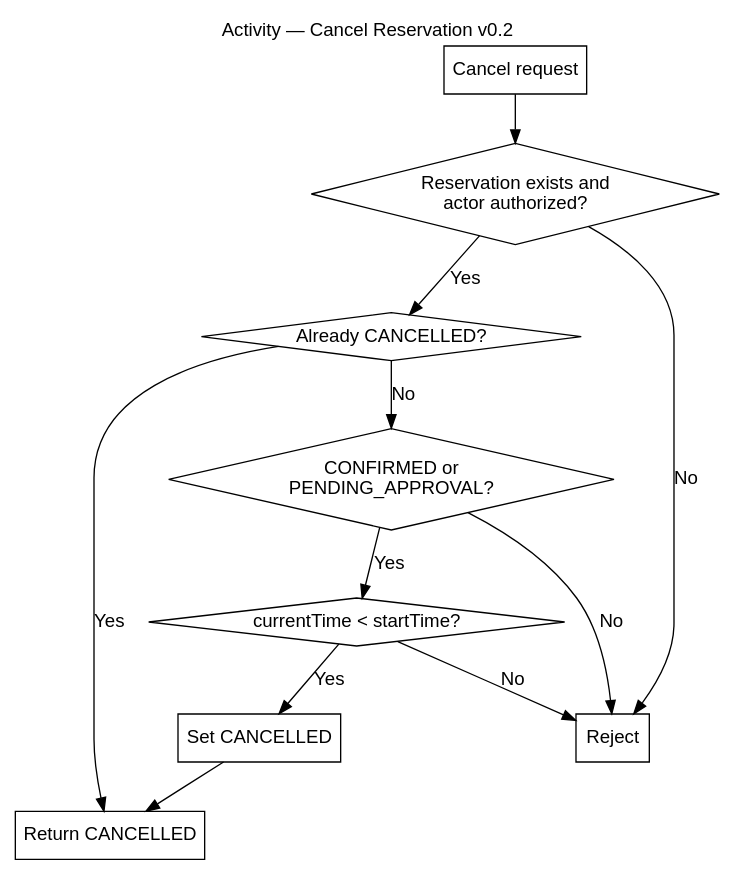
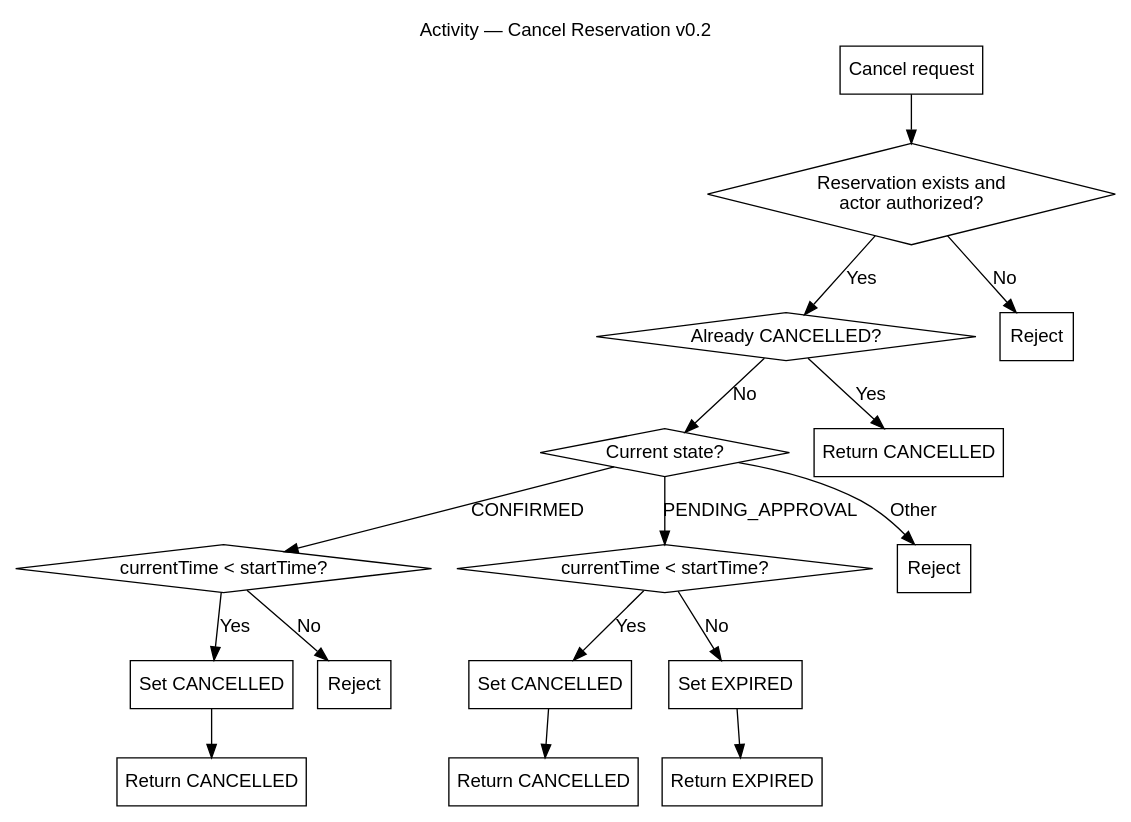
One commit to Ten-James/swi-proj changed the diagram in docs/diagrams/dot/11-activity-cancel-v02.dot. Above: the diagram before and after it, drawn with Graphviz. The commit also changed 41 other files, not shown here.

```diff
--- a/docs/diagrams/dot/11-activity-cancel-v02.dot
+++ b/docs/diagrams/dot/11-activity-cancel-v02.dot
@@ -1,10 +1,15 @@
 digraph G {
   graph [rankdir=TB,fontname="Arial",labelloc="t",label="Activity — Cancel Reservation v0.2"];
   node [fontname="Arial"]; edge [fontname="Arial"];
   A [shape=box,label="Cancel request"]; B [shape=diamond,label="Reservation exists and\nactor authorized?"];
-  C [shape=diamond,label="Already CANCELLED?"]; D [shape=diamond,label="CONFIRMED or\nPENDING_APPROVAL?"];
-  E [shape=diamond,label="currentTime < startTime?"]; F [shape=box,label="Set CANCELLED"];
-  I [shape=box,label="Return CANCELLED"]; X [shape=box,label="Reject"];
-  A->B; B->X[label="No"]; B->C[label="Yes"]; C->I[label="Yes"]; C->D[label="No"];
-  D->X[label="No"]; D->E[label="Yes"]; E->X[label="No"]; E->F[label="Yes"]; F->I;
+  C [shape=diamond,label="Already CANCELLED?"]; D [shape=diamond,label="Current state?"];
+  E [shape=diamond,label="currentTime < startTime?"]; P [shape=diamond,label="currentTime < startTime?"];
+  F1 [shape=box,label="Set CANCELLED"]; F2 [shape=box,label="Set CANCELLED"]; H [shape=box,label="Set EXPIRED"];
+  I1 [shape=box,label="Return CANCELLED"]; I2 [shape=box,label="Return CANCELLED"];
+  I3 [shape=box,label="Return CANCELLED"]; J [shape=box,label="Return EXPIRED"];
+  X1 [shape=box,label="Reject"]; X2 [shape=box,label="Reject"]; X3 [shape=box,label="Reject"];
+  A->B; B->X1[label="No"]; B->C[label="Yes"]; C->I1[label="Yes"]; C->D[label="No"];
+  D->X2[label="Other"]; D->E[label="CONFIRMED"]; E->X3[label="No"]; E->F1[label="Yes"];
+  D->P[label="PENDING_APPROVAL"]; P->F2[label="Yes"]; P->H[label="No"];
+  F1->I2; F2->I3; H->J;
 }
```
